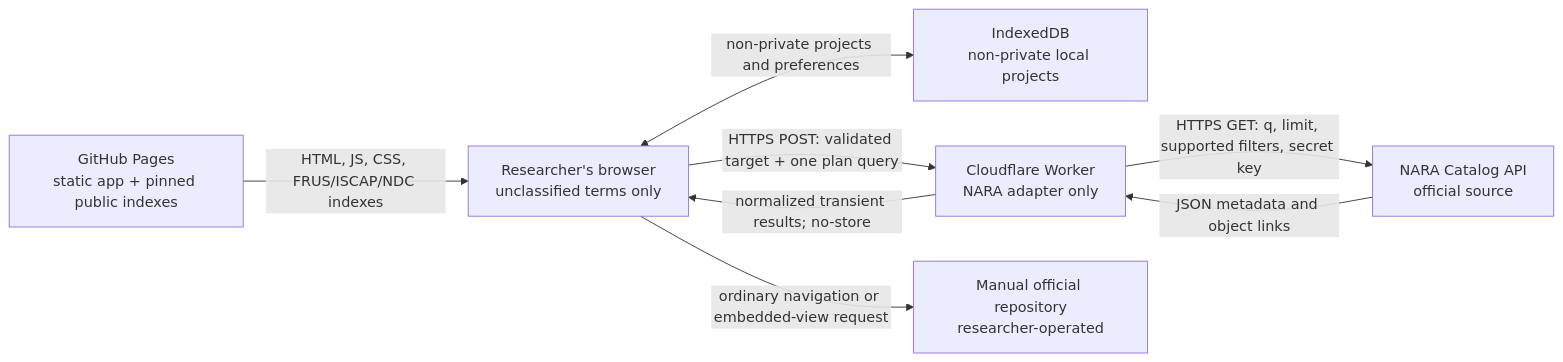
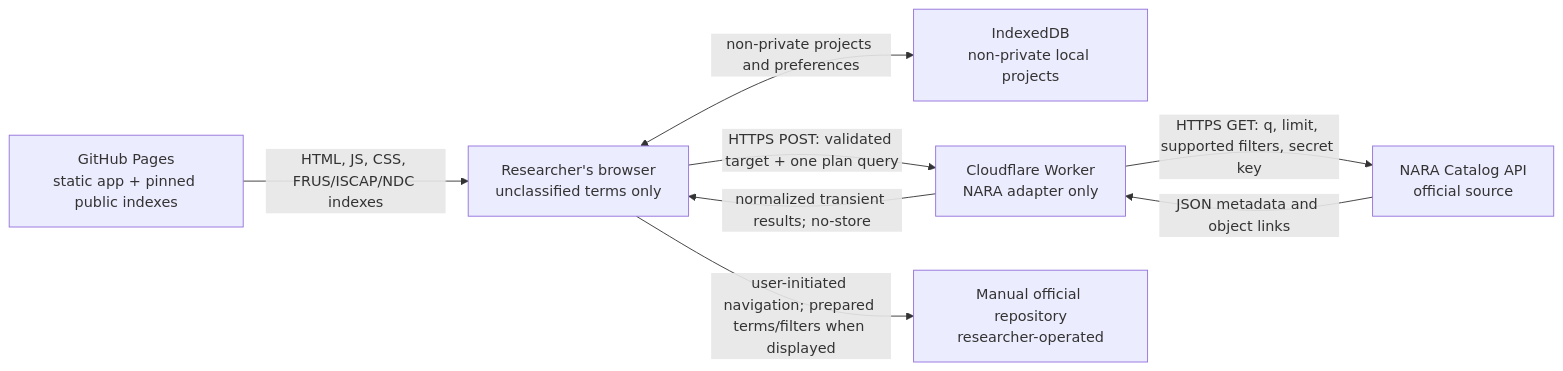
Before and after one commit to therealjameswilson/opstalia: the first of 2 diagrams in docs/SECURITY_MODEL.md, drawn with Mermaid. The commit also changed other lines of this file and 34 other files, not shown here.

````diff
--- a/docs/SECURITY_MODEL.md
+++ b/docs/SECURITY_MODEL.md
@@ -72,17 +72,17 @@
 ```mermaid
 flowchart LR
     B["Researcher's browser<br/>unclassified terms only"]
     G["GitHub Pages<br/>static app + pinned public indexes"]
     I["IndexedDB<br/>non-private local projects"]
     W["Cloudflare Worker<br/>NARA adapter only"]
     N["NARA Catalog API<br/>official source"]
     M["Manual official repository<br/>researcher-operated"]
 
     G -->|"HTML, JS, CSS, FRUS/ISCAP/NDC indexes"| B
     B <-->|"non-private projects and preferences"| I
     B -->|"HTTPS POST: validated target + one plan query"| W
     W -->|"HTTPS GET: q, limit, supported filters, secret key"| N
     N -->|"JSON metadata and object links"| W
     W -->|"normalized transient results; no-store"| B
-    B -->|"ordinary navigation or embedded-view request"| M
+    B -->|"user-initiated navigation; prepared terms/filters when displayed"| M
 ```
````
